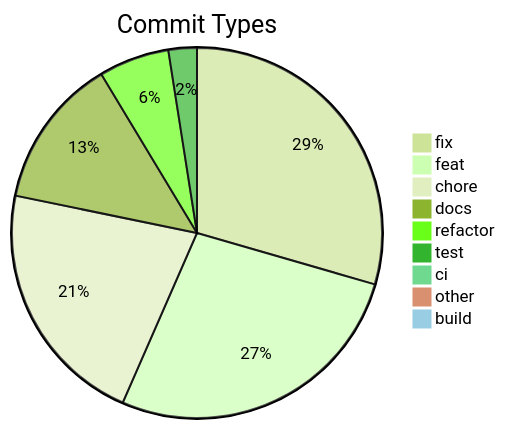
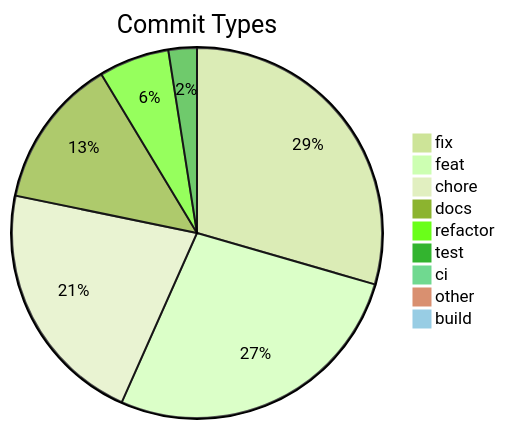
Before and after one commit to svenroth-ai/shipwright: the diagram in .shipwright/compliance/change-history.md, drawn with Mermaid (forest theme). The commit also changed other lines of this file and 26 other files, not shown here.

````diff
--- a/.shipwright/compliance/change-history.md
+++ b/.shipwright/compliance/change-history.md
@@ -8,12 +8,12 @@
 ```mermaid
 pie title Commit Types
     "fix" : 321
-    "feat" : 295
-    "chore" : 236
+    "feat" : 296
+    "chore" : 235
     "docs" : 143
     "refactor" : 67
     "test" : 27
     "ci" : 11
     "other" : 7
     "build" : 1
 ```
````
